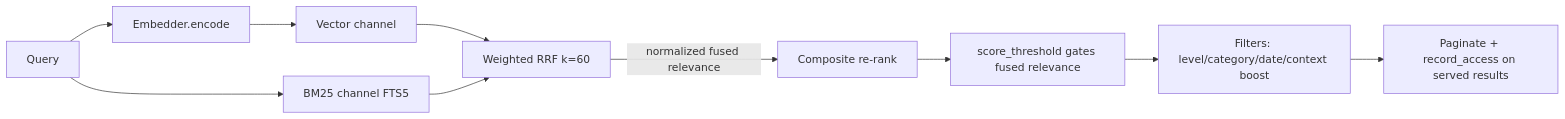
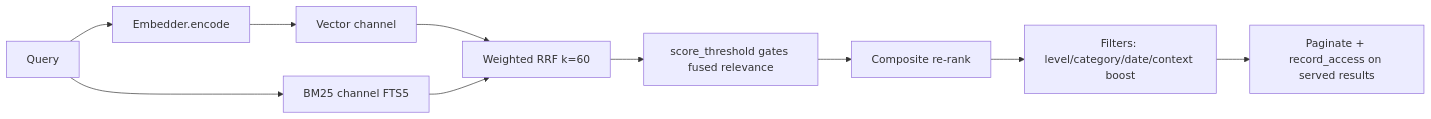
The second of 5 diagrams in docs/ARCHITECTURE.md (TtTRz/MerkurDB), drawn with Mermaid before and after one commit. The commit also changed other lines of this file and 11 other files, not shown here.

````diff
--- a/docs/ARCHITECTURE.md
+++ b/docs/ARCHITECTURE.md
@@ -78,12 +96,12 @@
 ```mermaid
 flowchart LR
     Q[Query] --> E[Embedder.encode]
     E --> V[Vector channel]
     Q --> B[BM25 channel FTS5]
     V --> RRF[Weighted RRF k=60]
     B --> RRF
-    RRF -->|normalized fused relevance| C[Composite re-rank]
-    C --> TH[score_threshold gates fused relevance]
-    TH --> F[Filters: level/category/date/context boost]
+    RRF --> TH[score_threshold gates fused relevance]
+    TH --> C[Composite re-rank]
+    C --> F[Filters: level/category/date/context boost]
     F --> P[Paginate + record_access on served results]
 ```
````
